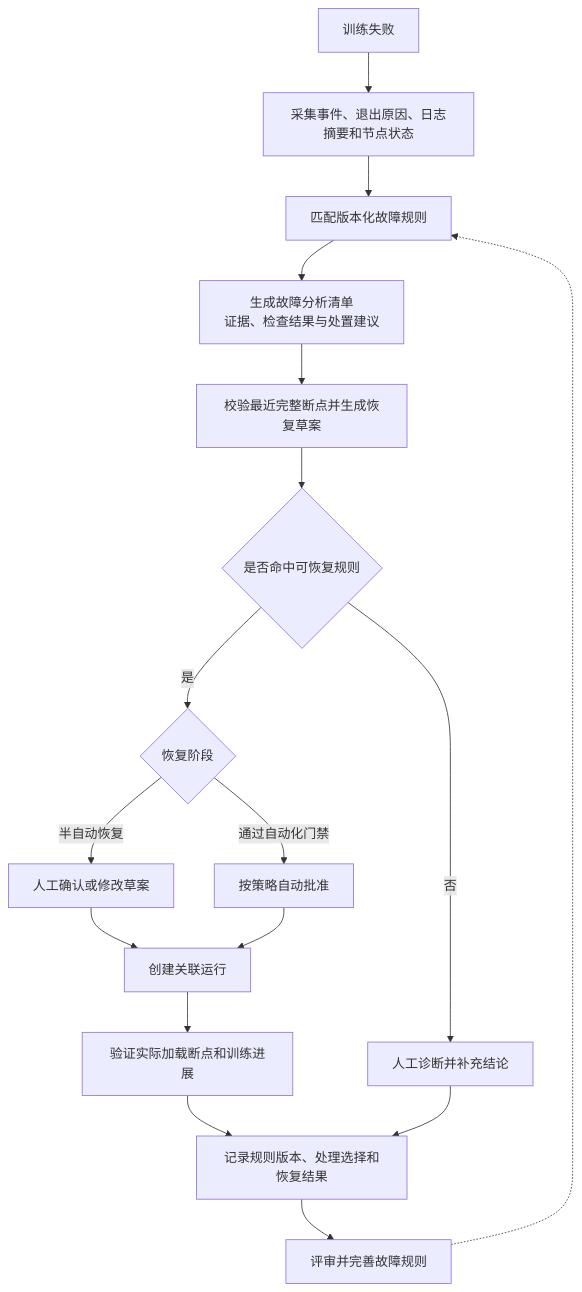
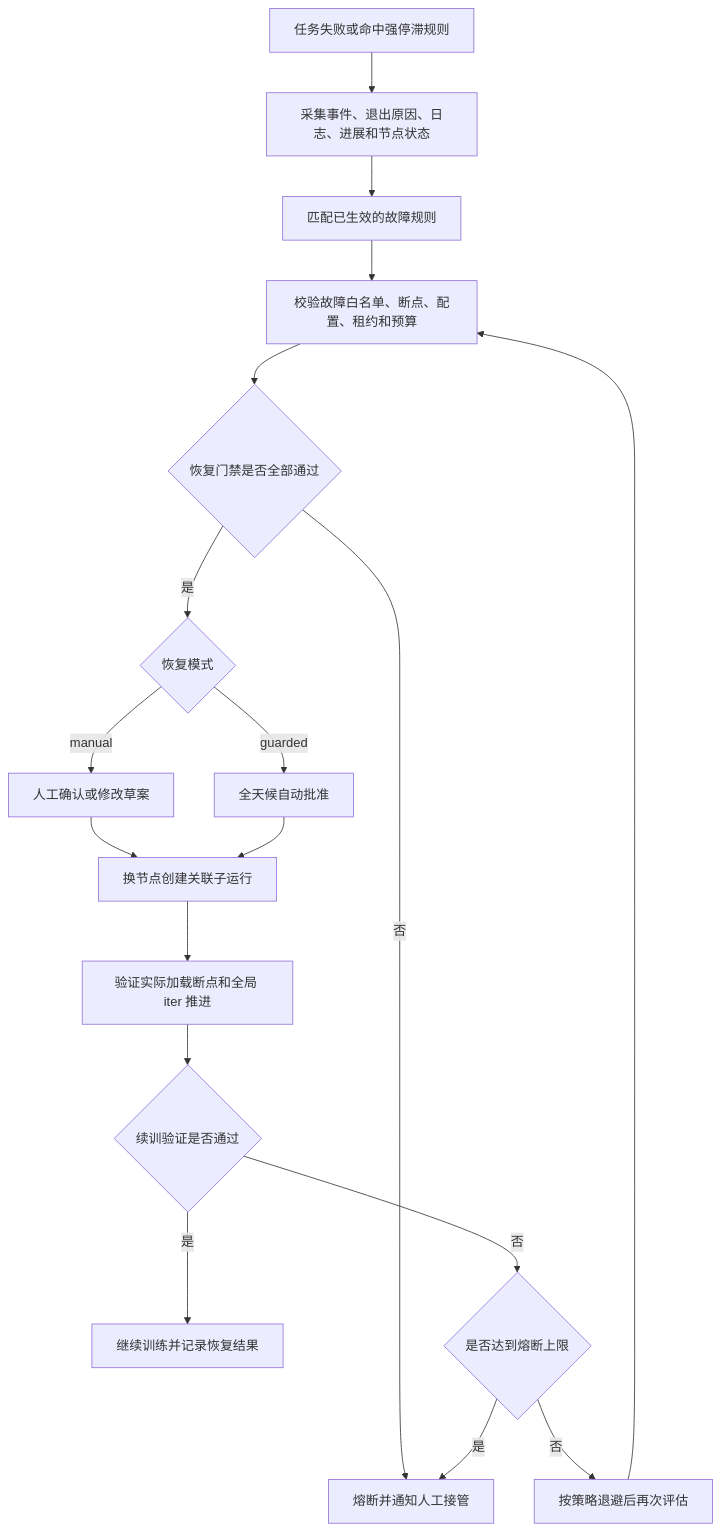
Before and after one commit to gqcn/ltp: the diagram in docs/平台规划/3.5-断点与故障恢复.md, drawn with Mermaid. The commit also changed other lines of this file and 20 other files, not shown here.

````diff
--- a/docs/平台规划/3.5-断点与故障恢复.md
+++ b/docs/平台规划/3.5-断点与故障恢复.md
@@ -97,19 +193,20 @@
 ```mermaid
 flowchart TB
-    A["训练失败"] --> B["采集事件、退出原因、日志摘要和节点状态"]
-    B --> C["匹配版本化故障规则"]
-    C --> D["生成故障分析清单<br/>证据、检查结果与处置建议"]
-    D --> E["校验最近完整断点并生成恢复草案"]
-    E --> F{"是否命中可恢复规则"}
-    F -->|"否"| G["人工诊断并补充结论"]
-    F -->|"是"| H{"恢复阶段"}
-    H -->|"半自动恢复"| I["人工确认或修改草案"]
-    H -->|"通过自动化门禁"| J["按策略自动批准"]
-    I --> K["创建关联运行"]
-    J --> K
-    K --> L["验证实际加载断点和训练进展"]
-    L --> M["记录规则版本、处理选择和恢复结果"]
-    G --> M
-    M --> N["评审并完善故障规则"]
-    N -.-> C
+    A["任务失败或命中强停滞规则"] --> B["采集事件、退出原因、日志、进展和节点状态"]
+    B --> C["匹配已生效的故障规则"]
+    C --> D["校验故障白名单、断点、配置、租约和预算"]
+    D --> E{"恢复门禁是否全部通过"}
+    E -->|"否"| F["熔断并通知人工接管"]
+    E -->|"是"| G{"恢复模式"}
+    G -->|"manual"| H["人工确认或修改草案"]
+    G -->|"guarded"| I["全天候自动批准"]
+    H --> J["换节点创建关联子运行"]
+    I --> J
+    J --> K["验证实际加载断点和全局 iter 推进"]
+    K --> L{"续训验证是否通过"}
+    L -->|"是"| M["继续训练并记录恢复结果"]
+    L -->|"否"| N{"是否达到熔断上限"}
+    N -->|"否"| O["按策略退避后再次评估"]
+    N -->|"是"| F
+    O --> D
 ```
````
